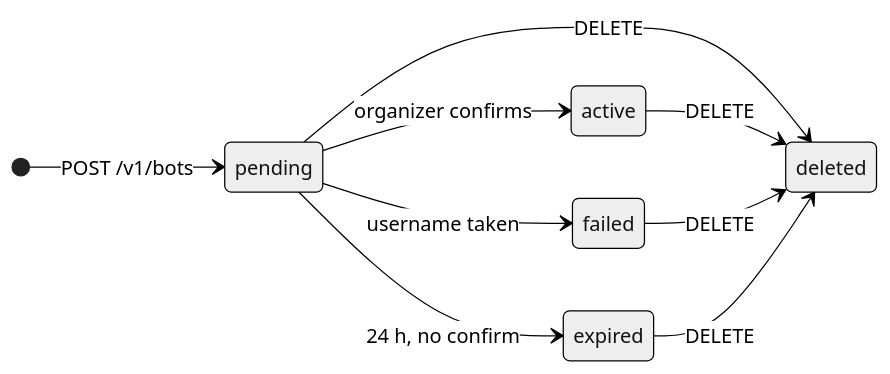
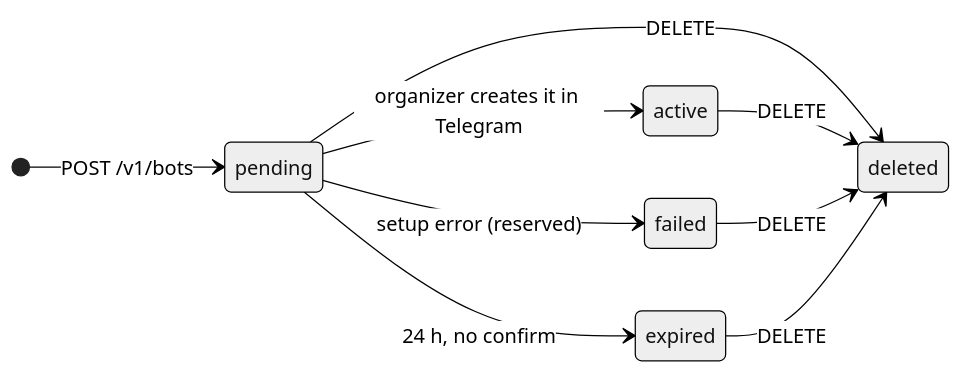
Before and after one commit to hailstorm24/hack4humanity: the diagram in FRONTEND_API.md, drawn with Mermaid (neutral theme). The commit also changed other lines of this file and 9 other files, not shown here.

````diff
--- a/FRONTEND_API.md
+++ b/FRONTEND_API.md
@@ -26,12 +26,12 @@
 ```mermaid
 stateDiagram-v2
     direction LR
     [*] --> pending: POST /v1/bots
-    pending --> active: organizer confirms
-    pending --> failed: username taken
+    pending --> active: organizer creates it in Telegram
+    pending --> failed: setup error (reserved)
     pending --> expired: 24 h, no confirm
     pending --> deleted: DELETE
     active --> deleted: DELETE
     failed --> deleted: DELETE
     expired --> deleted: DELETE
 ```
````
